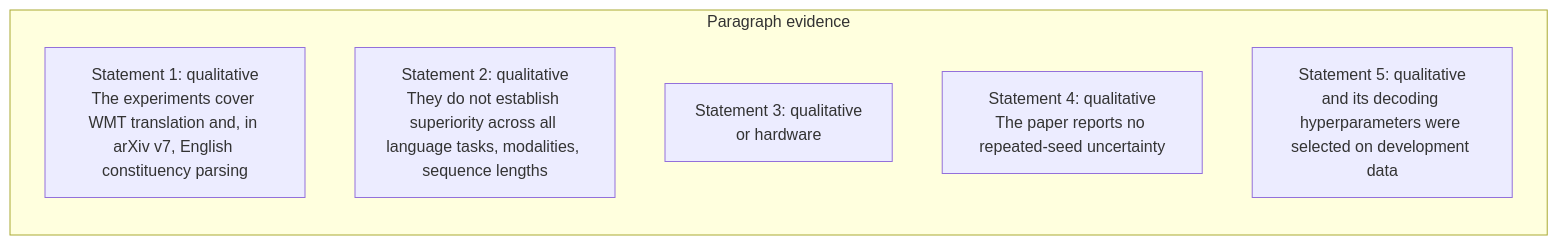
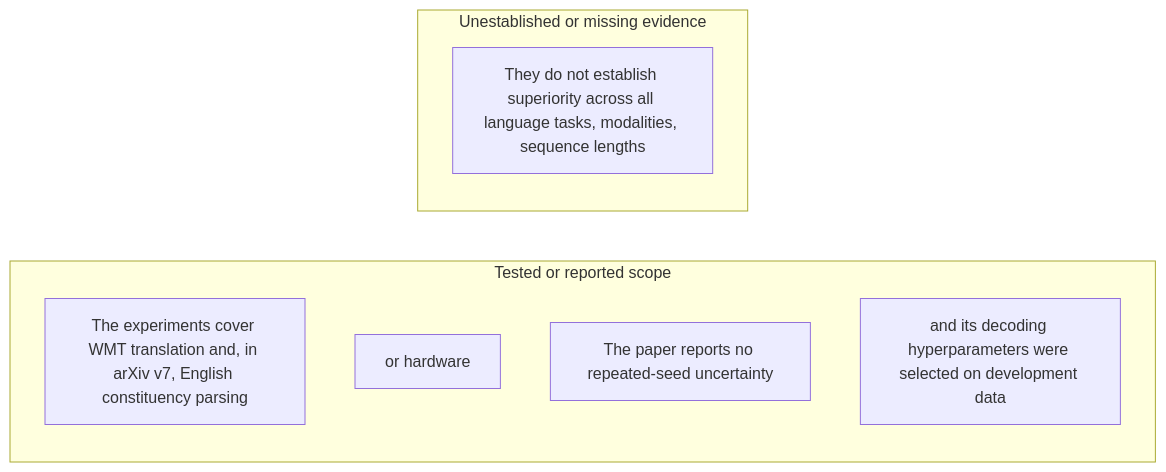
Diagram 40 of 54 in docs/visual-manifests/VISUAL_MANIFEST_ATTENTION_IS_ALL_YOU_NEED.md (Betancourt1/paper_atlas), drawn with Mermaid before and after one commit. The commit also changed other lines of this file and 7 other files, not shown here.

````diff
--- a/docs/visual-manifests/VISUAL_MANIFEST_ATTENTION_IS_ALL_YOU_NEED.md
+++ b/docs/visual-manifests/VISUAL_MANIFEST_ATTENTION_IS_ALL_YOU_NEED.md
@@ -3225,10 +3255,12 @@
 ```mermaid
 flowchart LR
-  subgraph p1["Paragraph evidence"]
-    p1r1["Statement 1: qualitative<br/>The experiments cover WMT translation and, in arXiv v7, English constituency parsing"]
-    p1r2["Statement 2: qualitative<br/>They do not establish superiority across all language tasks, modalities, sequence lengths"]
-    p1r3["Statement 3: qualitative<br/>or hardware"]
-    p1r4["Statement 4: qualitative<br/>The paper reports no repeated-seed uncertainty"]
-    p1r5["Statement 5: qualitative<br/>and its decoding hyperparameters were selected on development data"]
+  subgraph g1["Tested or reported scope"]
+    g1i1["The experiments cover WMT translation and, in arXiv v7, English constituency parsing"]
+    g1i2["or hardware"]
+    g1i3["The paper reports no repeated-seed uncertainty"]
+    g1i4["and its decoding hyperparameters were selected on development data"]
+  end
+  subgraph g2["Unestablished or missing evidence"]
+    g2i1["They do not establish superiority across all language tasks, modalities, sequence lengths"]
   end
 ```
````
